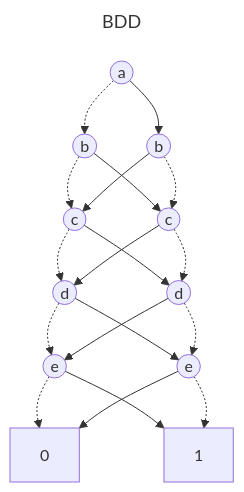
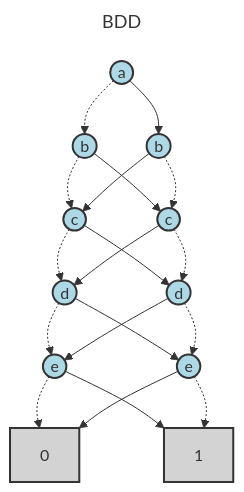
The second of 2 diagrams in test_expressions/default_ordering/xor_chain_analysis.md (Alan-Jowett/bdd_test), drawn with Mermaid before and after one commit. The commit also changed other lines of this file and 3 other files, not shown here.

````diff
--- a/test_expressions/default_ordering/xor_chain_analysis.md
+++ b/test_expressions/default_ordering/xor_chain_analysis.md
@@ -42,36 +58,51 @@
 ```mermaid
 ---
 title: BDD
 ---
 flowchart TD
     N0["0"]
     N1["1"]
     N2(("e"))
     N3(("e"))
     N4(("d"))
     N5(("d"))
     N6(("c"))
     N7(("c"))
     N8(("b"))
     N9(("b"))
     N10(("a"))
 
     N2 -.-> N0
     N2 --> N1
     N3 -.-> N1
     N3 --> N0
     N4 -.-> N2
     N4 --> N3
     N5 -.-> N3
     N5 --> N2
     N6 -.-> N4
     N6 --> N5
     N7 -.-> N5
     N7 --> N4
     N8 -.-> N6
     N8 --> N7
     N9 -.-> N7
     N9 --> N6
     N10 -.-> N8
     N10 --> N9
+
+    class N0 terminal
+    class N1 terminal
+    class N2 bddVariable
+    class N3 bddVariable
+    class N4 bddVariable
+    class N5 bddVariable
+    class N6 bddVariable
+    class N7 bddVariable
+    class N8 bddVariable
+    class N9 bddVariable
+    class N10 bddVariable
+
+    classDef bddVariable fill:lightblue,stroke:#333,stroke-width:2px
+    classDef terminal fill:lightgray,stroke:#333,stroke-width:2px
 ```
````
